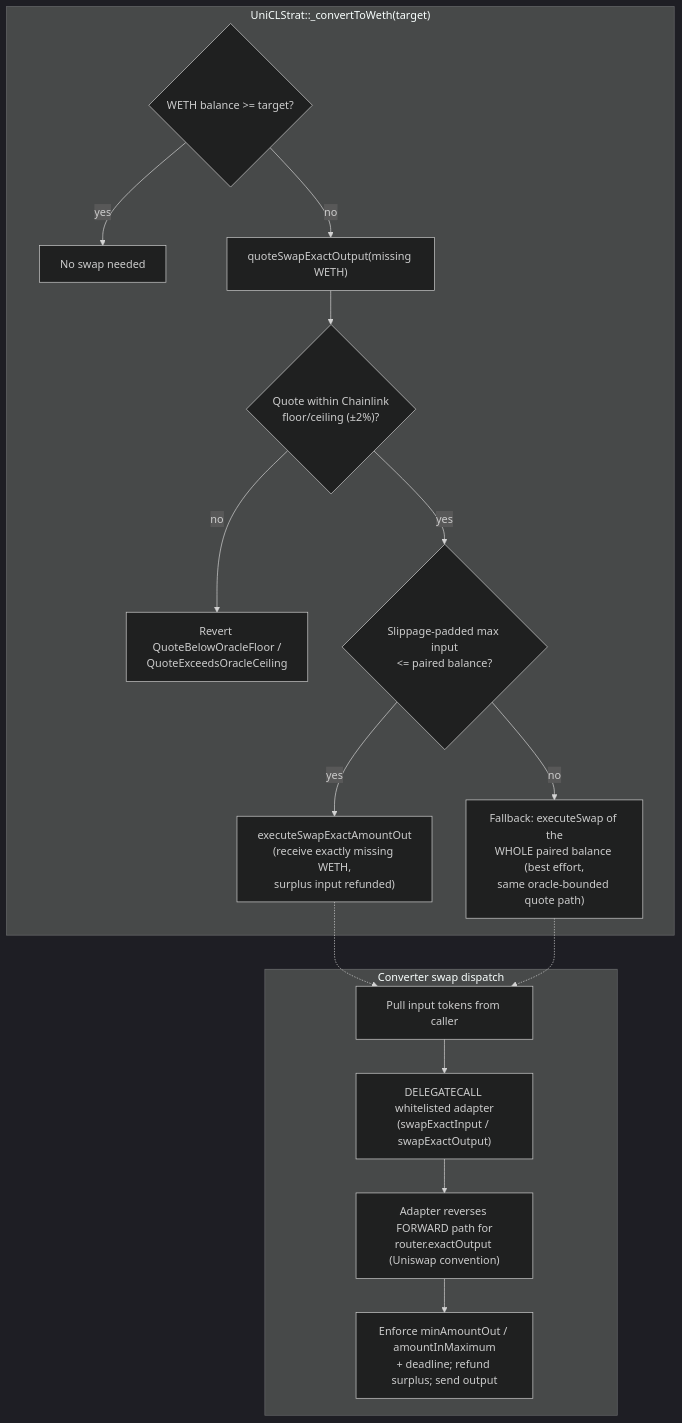
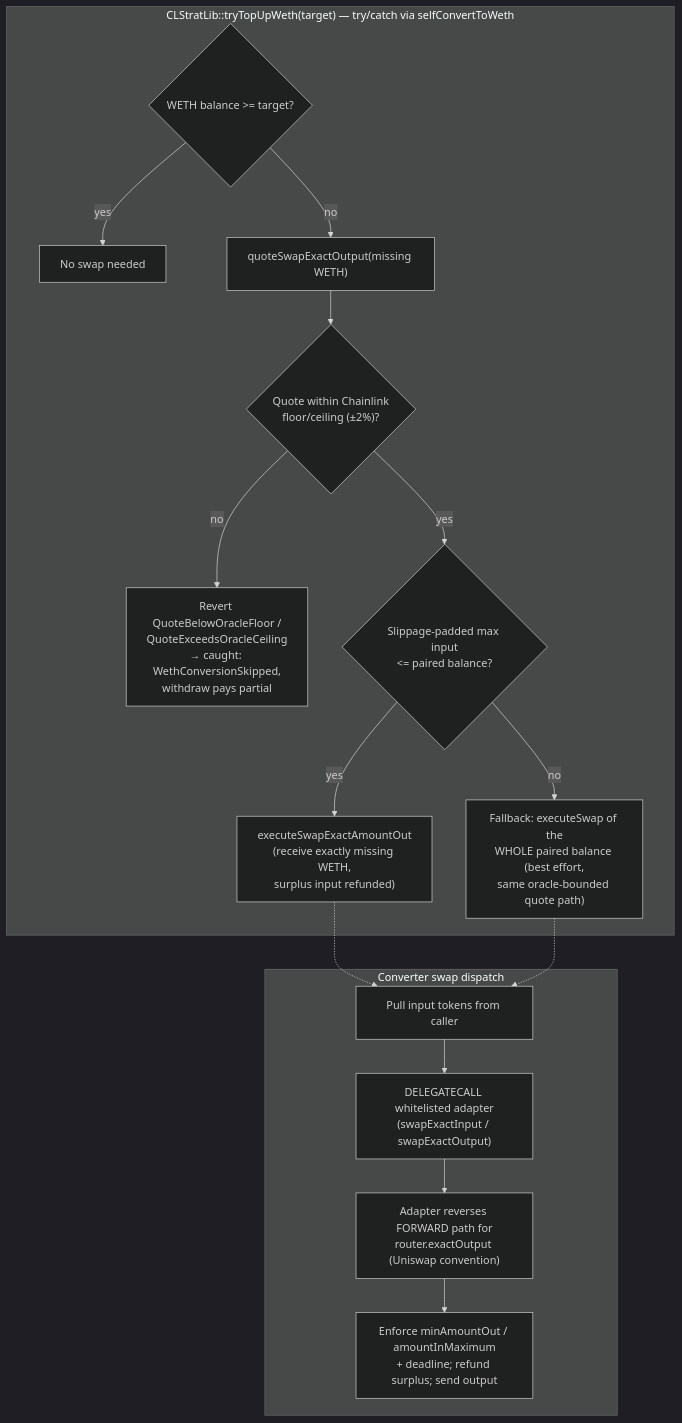
The sixth of 7 diagrams in mermaid/mermaid-smart-contracts.md (everstrat-xyz/contracts), drawn with Mermaid (dark theme) before and after one commit. The commit also changed other lines of this file and 10 other files, not shown here.

````diff
--- a/mermaid/mermaid-smart-contracts.md
+++ b/mermaid/mermaid-smart-contracts.md
@@ -1050,33 +1050,33 @@
 ```mermaid
 flowchart TD
-    subgraph exactOutput ["UniCLStrat::_convertToWeth(target)"]
+    subgraph exactOutput ["CLStratLib::tryTopUpWeth(target) — try/catch via selfConvertToWeth"]
         Need{"WETH balance >= target?"}
         NoSwap["No swap needed"]
         Quote["quoteSwapExactOutput(missing WETH)"]
         Bounds{"Quote within Chainlink<br/>floor/ceiling (±2%)?"}
-        RevertQ["Revert QuoteBelowOracleFloor /<br/>QuoteExceedsOracleCeiling"]
+        RevertQ["Revert QuoteBelowOracleFloor /<br/>QuoteExceedsOracleCeiling<br/>→ caught: WethConversionSkipped,<br/>withdraw pays partial"]
         Cap{"Slippage-padded max input<br/><= paired balance?"}
         ExactOut["executeSwapExactAmountOut<br/>(receive exactly missing WETH,<br/>surplus input refunded)"]
         Fallback["Fallback: executeSwap of the<br/>WHOLE paired balance (best effort,<br/>same oracle-bounded quote path)"]
         Need -->|yes| NoSwap
         Need -->|no| Quote
         Quote --> Bounds
         Bounds -->|no| RevertQ
         Bounds -->|yes| Cap
         Cap -->|yes| ExactOut
         Cap -->|no| Fallback
     end
 
     subgraph dispatch ["Converter swap dispatch"]
         Pull["Pull input tokens from caller"]
         Delegate["DELEGATECALL whitelisted adapter<br/>(swapExactInput / swapExactOutput)"]
         Reverse["Adapter reverses FORWARD path for<br/>router.exactOutput (Uniswap convention)"]
         Enforce["Enforce minAmountOut / amountInMaximum<br/>+ deadline; refund surplus; send output"]
         Pull --> Delegate
         Delegate --> Reverse
         Reverse --> Enforce
     end
 
     ExactOut -.-> Pull
     Fallback -.-> Pull
 ```
````
